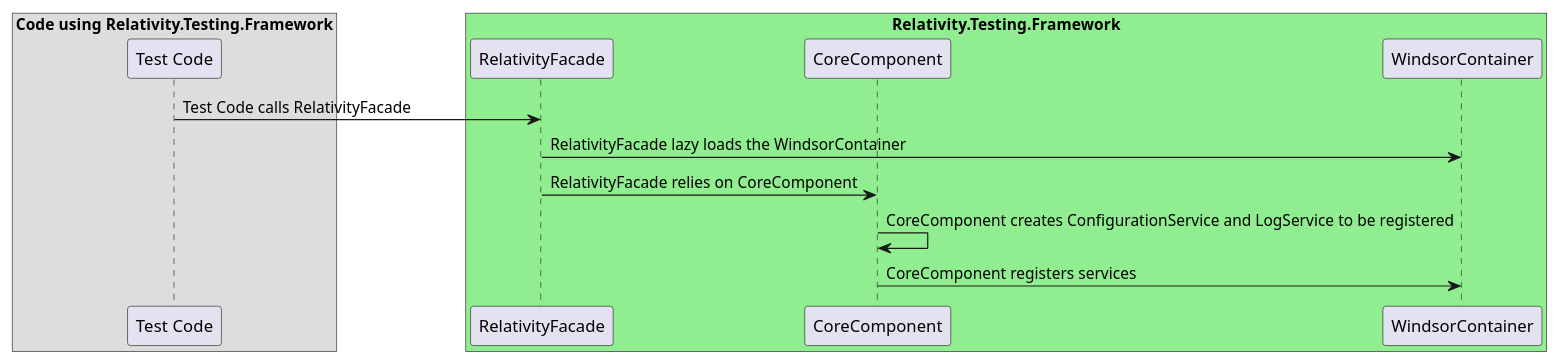
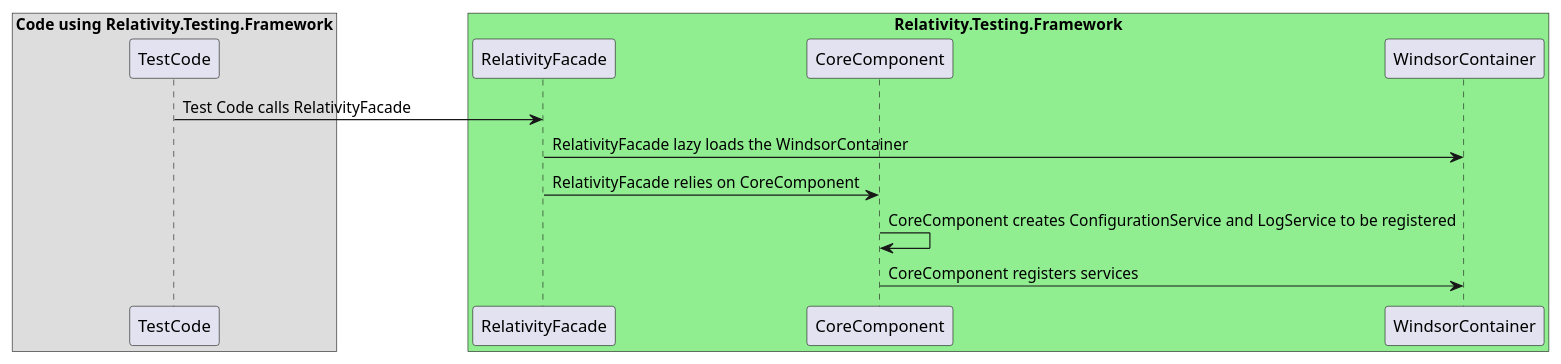
The diagram in docs/dev/SequenceDiagrams/UMLFiles/CoreComponent.iuml (relativitydev/relativity.testing.framework), drawn with PlantUML before and after one commit.

Commit message:
TESTENG-1465: make Test Code -> TestCode consistent

```diff
--- a/docs/dev/SequenceDiagrams/UMLFiles/CoreComponent.iuml
+++ b/docs/dev/SequenceDiagrams/UMLFiles/CoreComponent.iuml
@@ -1,19 +1,19 @@
 @startuml Relativity.Testing.Framework CoreComponent Sequence Diagram
 
 box "Code using Relativity.Testing.Framework"
-participant "Test Code"
+participant "TestCode"
 end box
 
 box "Relativity.Testing.Framework" #LightGreen
 participant "RelativityFacade"
 participant "CoreComponent"
 participant "WindsorContainer"
 end box
 
-"Test Code" -> "RelativityFacade" : Test Code calls RelativityFacade
+"TestCode" -> "RelativityFacade" : Test Code calls RelativityFacade
 "RelativityFacade" -> "WindsorContainer" : RelativityFacade lazy loads the WindsorContainer
 "RelativityFacade" -> "CoreComponent" : RelativityFacade relies on CoreComponent
 "CoreComponent" -> "CoreComponent" : CoreComponent creates ConfigurationService and LogService to be registered
 "CoreComponent" -> "WindsorContainer" : CoreComponent registers services
 
 @enduml
```
